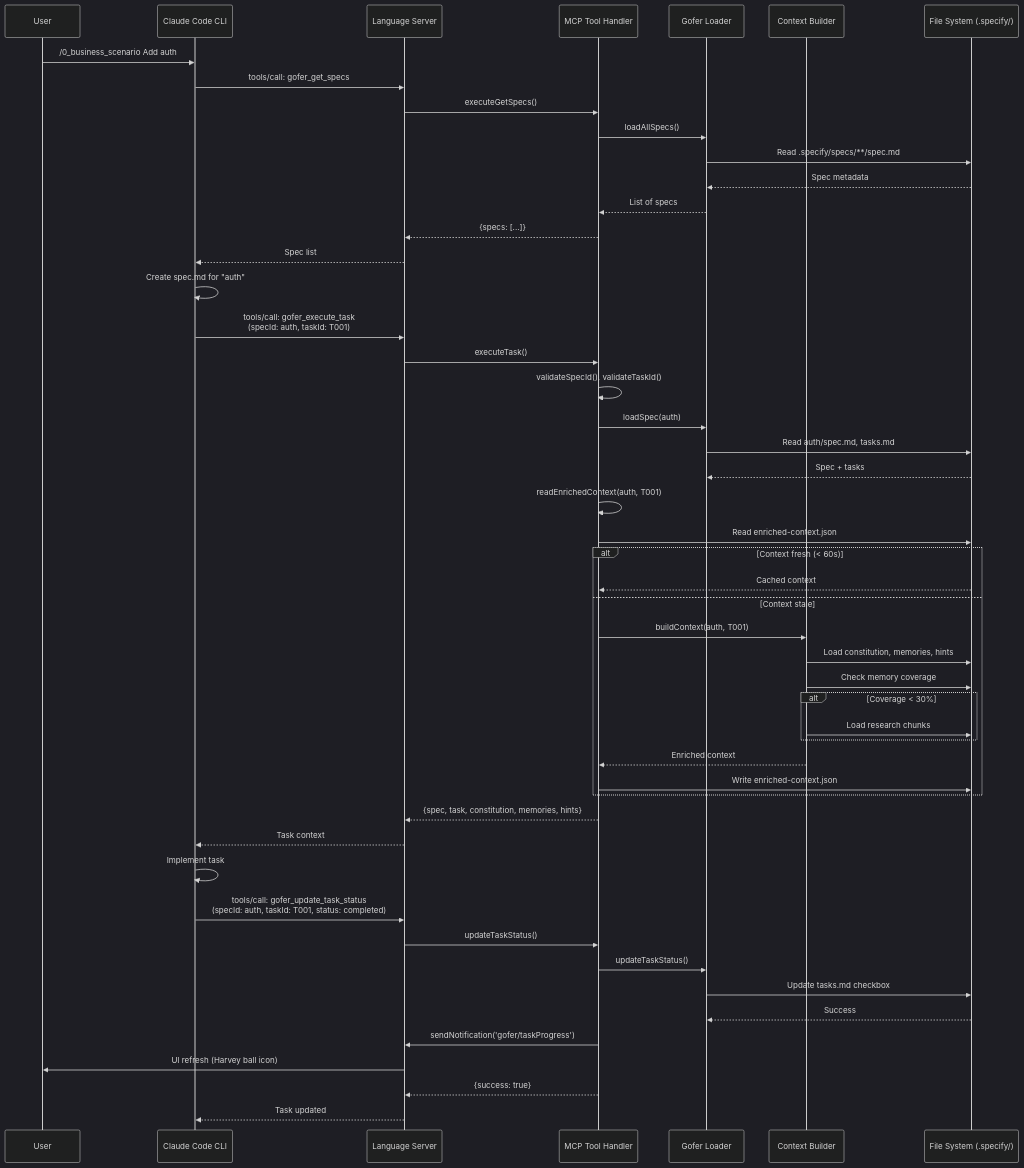
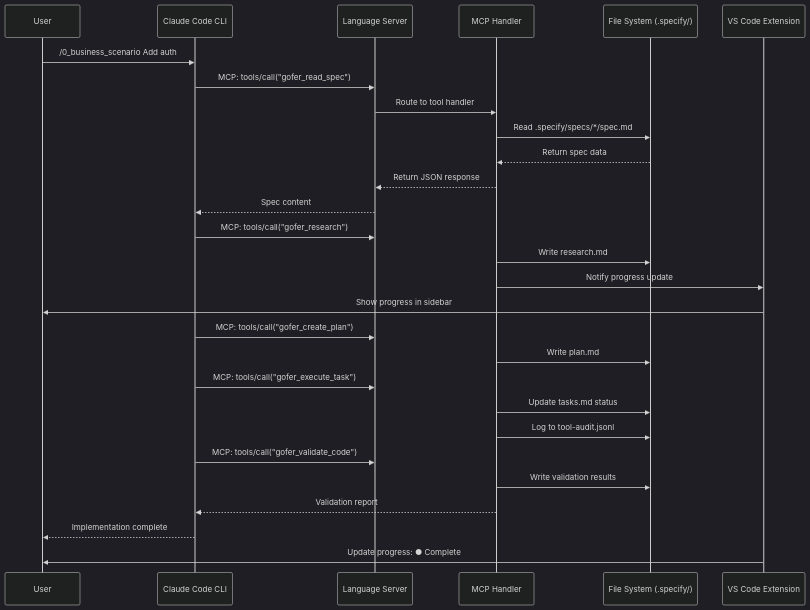
Before and after one commit to eai-tools/eai-gofer: the second of 6 diagrams in .tech-docs/architecture.md, drawn with Mermaid (dark theme). The commit also changed other lines of this file and 11 other files, not shown here.

````diff
--- a/.tech-docs/architecture.md
+++ b/.tech-docs/architecture.md
@@ -84,57 +79,36 @@
 ```mermaid
 sequenceDiagram
     participant User
-    participant Claude as Claude Code CLI
+    participant ClaudeCode as Claude Code CLI
     participant LSP as Language Server
-    participant MCP as MCP Tool Handler
-    participant Loader as Gofer Loader
-    participant Context as Context Builder
+    participant MCP as MCP Handler
     participant FS as File System (.specify/)
-
-    User->>Claude: /0_business_scenario Add auth
-    Claude->>LSP: tools/call: gofer_get_specs
-    LSP->>MCP: executeGetSpecs()
-    MCP->>Loader: loadAllSpecs()
-    Loader->>FS: Read .specify/specs/**/spec.md
-    FS-->>Loader: Spec metadata
-    Loader-->>MCP: List of specs
-    MCP-->>LSP: {specs: [...]}
-    LSP-->>Claude: Spec list
+    participant Extension as VS Code Extension
     
-    Claude->>Claude: Create spec.md for "auth"
-    Claude->>LSP: tools/call: gofer_execute_task<br/>(specId: auth, taskId: T001)
-    LSP->>MCP: executeTask()
-    MCP->>MCP: validateSpecId(), validateTaskId()
-    MCP->>Loader: loadSpec(auth)
-    Loader->>FS: Read auth/spec.md, tasks.md
-    FS-->>Loader: Spec + tasks
+    User->>ClaudeCode: /0_business_scenario Add auth
+    ClaudeCode->>LSP: MCP: tools/call("gofer_read_spec")
+    LSP->>MCP: Route to tool handler
+    MCP->>FS: Read .specify/specs/*/spec.md
+    FS-->>MCP: Return spec data
+    MCP-->>LSP: Return JSON response
+    LSP-->>ClaudeCode: Spec content
     
-    MCP->>MCP: readEnrichedContext(auth, T001)
-    MCP->>FS: Read enriched-context.json
-    alt Context fresh (< 60s)
-        FS-->>MCP: Cached context
-    else Context stale
-        MCP->>Context: buildContext(auth, T001)
-        Context->>FS: Load constitution, memories, hints
-        Context->>FS: Check memory coverage
-        alt Coverage < 30%
-            Context->>FS: Load research chunks
-        end
-        Context-->>MCP: Enriched context
-        MCP->>FS: Write enriched-context.json
-    end
+    ClaudeCode->>LSP: MCP: tools/call("gofer_research")
+    MCP->>FS: Write research.md
+    MCP->>Extension: Notify progress update
+    Extension->>User: Show progress in sidebar
     
-    MCP-->>LSP: {spec, task, constitution, memories, hints}
-    LSP-->>Claude: Task context
-    Claude->>Claude: Implement task
+    ClaudeCode->>LSP: MCP: tools/call("gofer_create_plan")
+    MCP->>FS: Write plan.md
     
-    Claude->>LSP: tools/call: gofer_update_task_status<br/>(specId: auth, taskId: T001, status: completed)
-    LSP->>MCP: updateTaskStatus()
-    MCP->>Loader: updateTaskStatus()
-    Loader->>FS: Update tasks.md checkbox
-    FS-->>Loader: Success
-    MCP->>LSP: sendNotification('gofer/taskProgress')
-    LSP->>User: UI refresh (Harvey ball icon)
-    MCP-->>LSP: {success: true}
-    LSP-->>Claude: Task updated
+    ClaudeCode->>LSP: MCP: tools/call("gofer_execute_task")
+    MCP->>FS: Update tasks.md status
+    MCP->>FS: Log to tool-audit.jsonl
+    
+    ClaudeCode->>LSP: MCP: tools/call("gofer_validate_code")
+    MCP->>FS: Write validation results
+    MCP-->>ClaudeCode: Validation report
+    
+    ClaudeCode-->>User: Implementation complete
+    Extension->>User: Update progress: ● Complete
 ```
````
